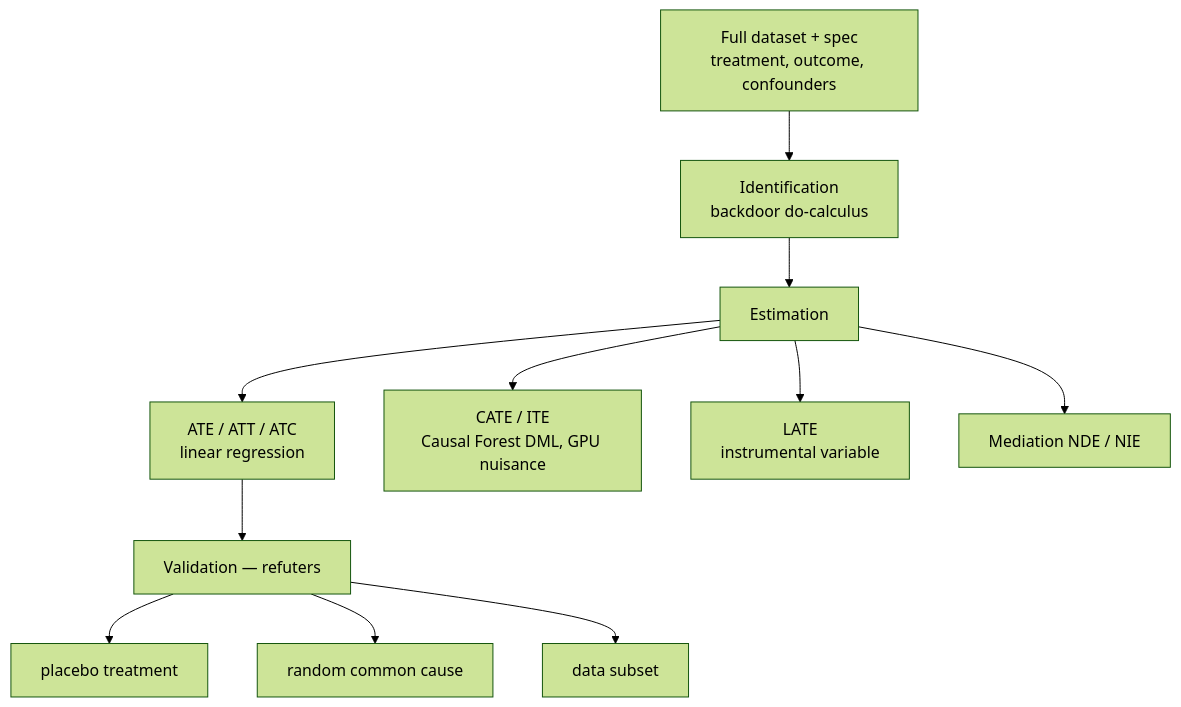
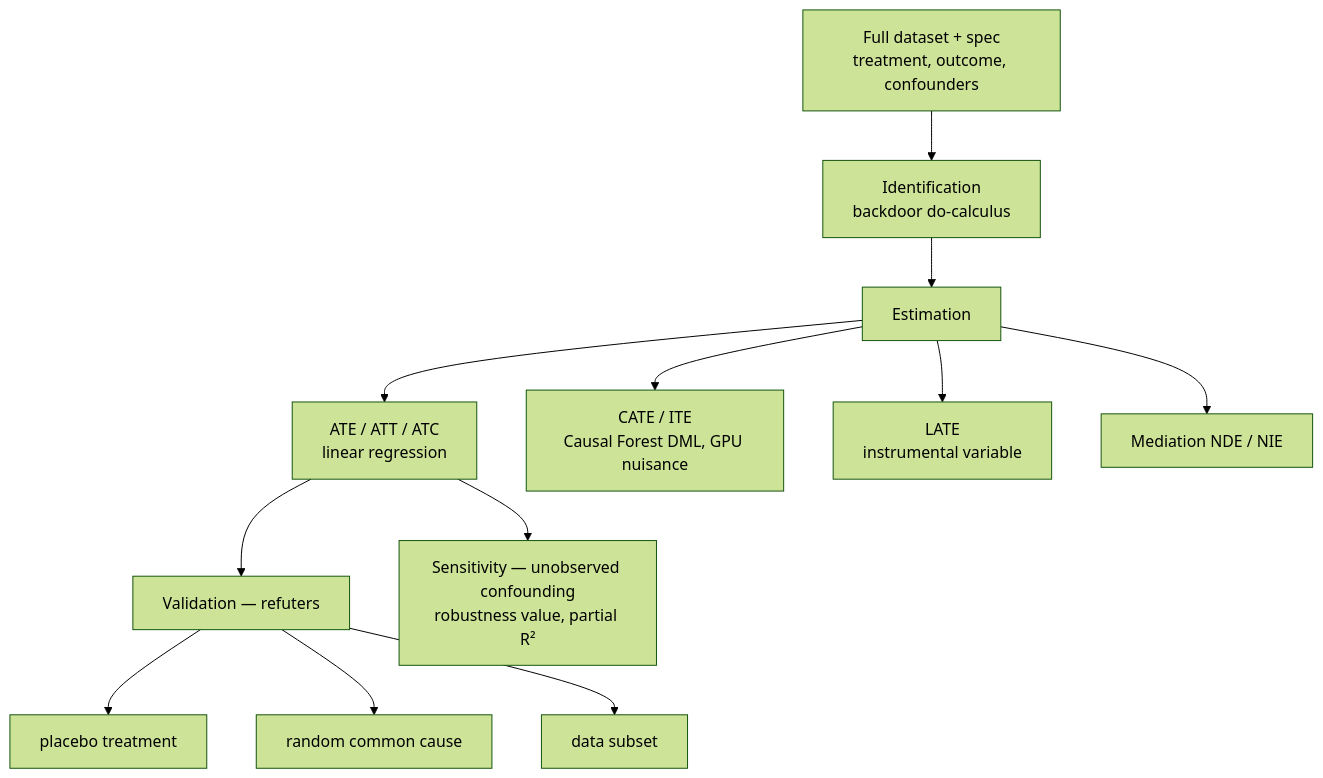
Before and after one commit to Omega-Makena/KScarcity: the eighth of 11 diagrams in docs/SYSTEM_ARCHITECTURE.md, drawn with Mermaid (forest theme). The commit also changed other lines of this file, not shown here.

First line of the commit message:
docs: document OVB sensitivity analysis in the offline causal arm

````diff
--- a/docs/SYSTEM_ARCHITECTURE.md
+++ b/docs/SYSTEM_ARCHITECTURE.md
@@ -373,13 +373,14 @@
 ```mermaid
 flowchart TB
     DATA[Full dataset + spec<br/>treatment, outcome, confounders] --> ID[Identification<br/>backdoor do-calculus]
     ID --> EST[Estimation]
     EST --> ATE[ATE / ATT / ATC<br/>linear regression]
     EST --> CATE[CATE / ITE<br/>Causal Forest DML, GPU nuisance]
     EST --> LATE[LATE<br/>instrumental variable]
     EST --> MED[Mediation NDE / NIE]
     ATE --> VAL[Validation — refuters]
     VAL --> PL[placebo treatment]
     VAL --> RCC[random common cause]
     VAL --> SUB[data subset]
+    ATE --> SENS[Sensitivity — unobserved confounding<br/>robustness value, partial R²]
 ```
````
